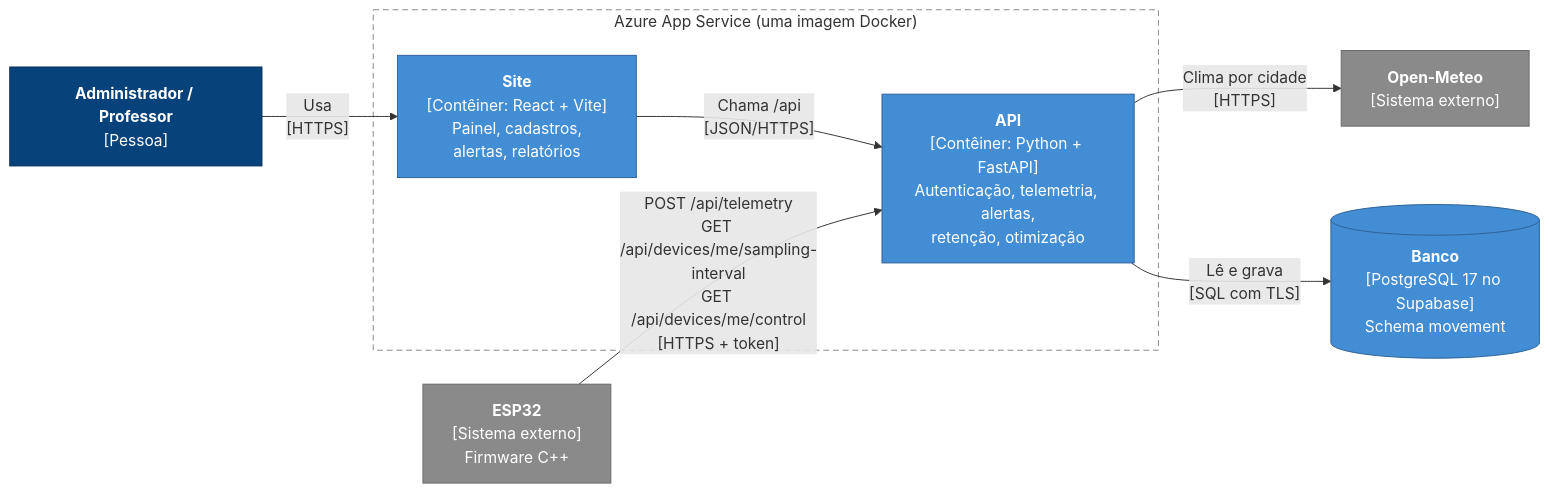
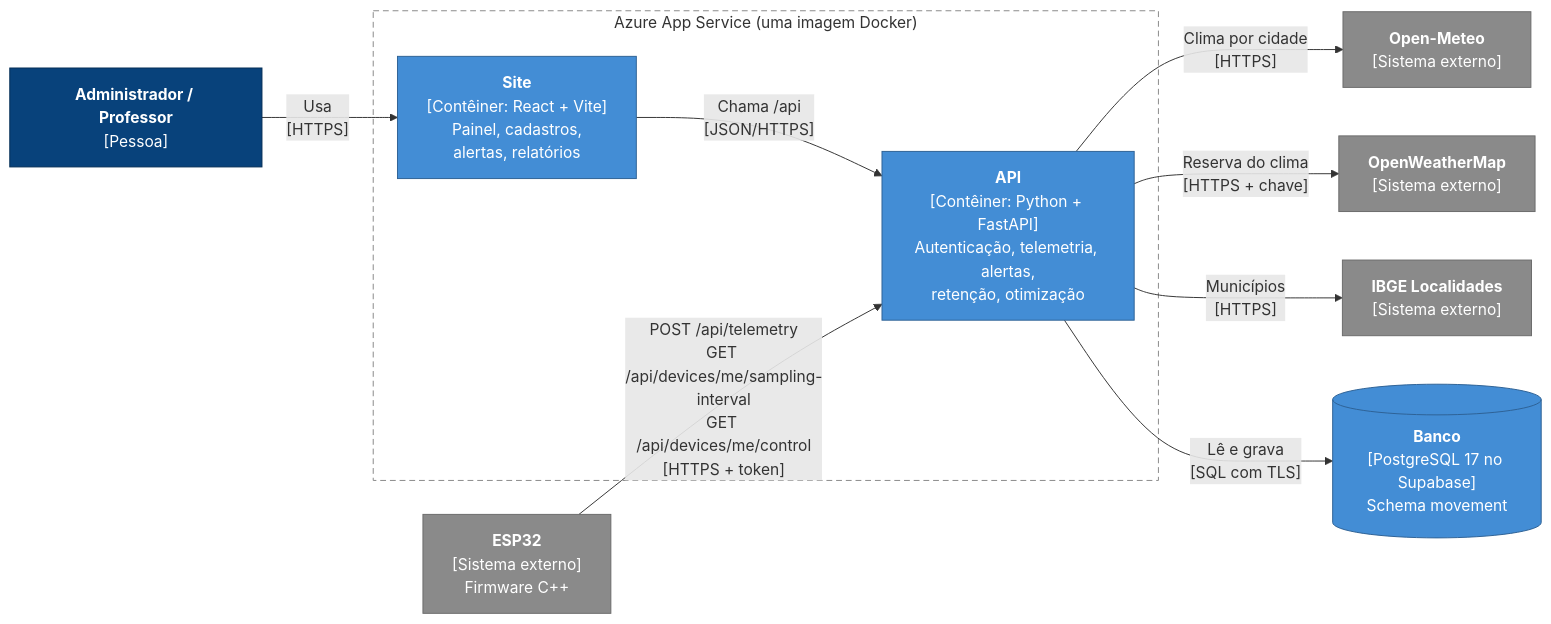
The second of 5 diagrams in docs/arquitetura.md (expotech2026-2/Projeto-Movement-2.0), drawn with Mermaid before and after one commit. The commit also changed other lines of this file and 12 other files, not shown here.

First line of the commit message:
feat: OpenWeatherMap como reserva do clima externo

````diff
--- a/docs/arquitetura.md
+++ b/docs/arquitetura.md
@@ -45,23 +49,27 @@
 ```mermaid
 flowchart LR
   user["<b>Administrador / Professor</b><br/>[Pessoa]"]
   esp["<b>ESP32</b><br/>[Sistema externo]<br/>Firmware C++"]
   subgraph az["Azure App Service (uma imagem Docker)"]
     spa["<b>Site</b><br/>[Contêiner: React + Vite]<br/>Painel, cadastros,<br/>alertas, relatórios"]
     api["<b>API</b><br/>[Contêiner: Python + FastAPI]<br/>Autenticação, telemetria, alertas,<br/>retenção, otimização"]
   end
   db[("<b>Banco</b><br/>[PostgreSQL 17 no Supabase]<br/>Schema movement")]
   meteo["<b>Open-Meteo</b><br/>[Sistema externo]"]
+  owm["<b>OpenWeatherMap</b><br/>[Sistema externo]"]
+  ibge["<b>IBGE Localidades</b><br/>[Sistema externo]"]
   user -- "Usa<br/>[HTTPS]" --> spa
   spa -- "Chama /api<br/>[JSON/HTTPS]" --> api
   esp -- "POST /api/telemetry<br/>GET /api/devices/me/sampling-interval<br/>GET /api/devices/me/control<br/>[HTTPS + token]" --> api
   api -- "Clima por cidade<br/>[HTTPS]" --> meteo
+  api -- "Reserva do clima<br/>[HTTPS + chave]" --> owm
+  api -- "Municípios<br/>[HTTPS]" --> ibge
   api -- "Lê e grava<br/>[SQL com TLS]" --> db
   classDef person fill:#08427b,stroke:#052e56,color:#ffffff
   classDef container fill:#438dd5,stroke:#2e6295,color:#ffffff
   classDef external fill:#8a8a8a,stroke:#6b6b6b,color:#ffffff
   class user person
   class spa,api,db container
-  class esp,meteo external
+  class esp,meteo,owm,ibge external
   style az fill:none,stroke:#888888,stroke-dasharray:6 4
 ```
````
